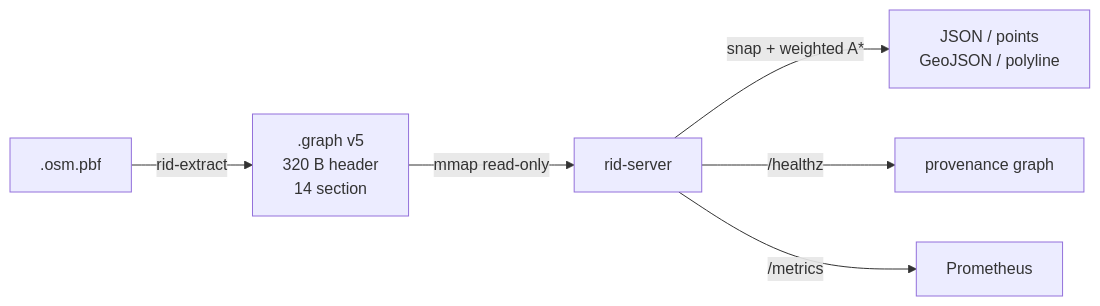
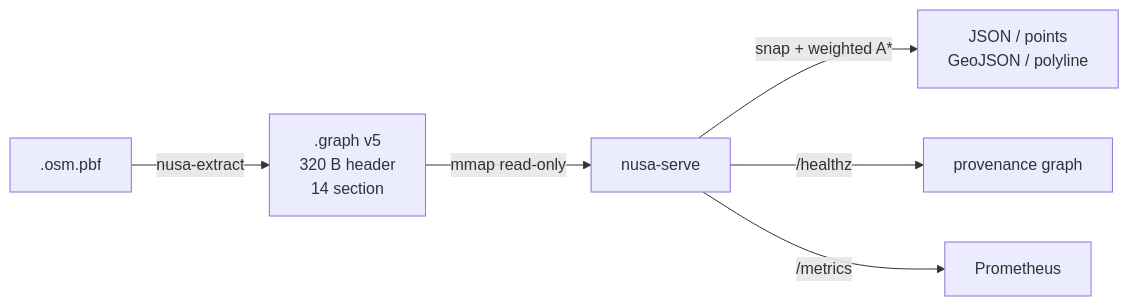
The diagram in docs/ARCHITECTURE.md (nusapeta/route), drawn with Mermaid before and after one commit. The commit also changed other lines of this file and 129 other files, not shown here.

````diff
--- a/docs/ARCHITECTURE.md
+++ b/docs/ARCHITECTURE.md
@@ -9,8 +9,8 @@
 ```mermaid
 flowchart LR
-  PBF[".osm.pbf"] -->|"rid-extract"| G[".graph v5<br/>320 B header<br/>14 section"]
-  G -->|"mmap read-only"| S["rid-server"]
+  PBF[".osm.pbf"] -->|"nusa-extract"| G[".graph v5<br/>320 B header<br/>14 section"]
+  G -->|"mmap read-only"| S["nusa-serve"]
   S -->|"snap + weighted A*"| R["JSON / points<br/>GeoJSON / polyline"]
   S -->|"/healthz"| H["provenance graph"]
   S -->|"/metrics"| M["Prometheus"]
 ```
````
